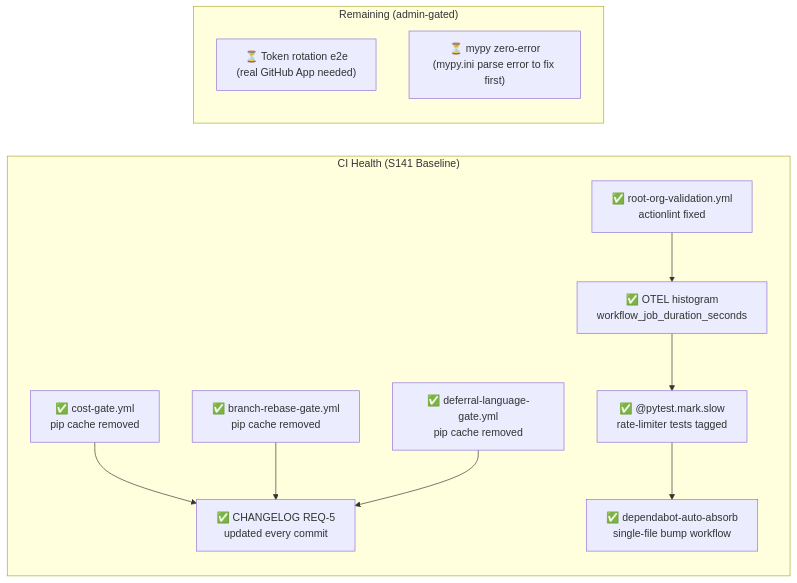
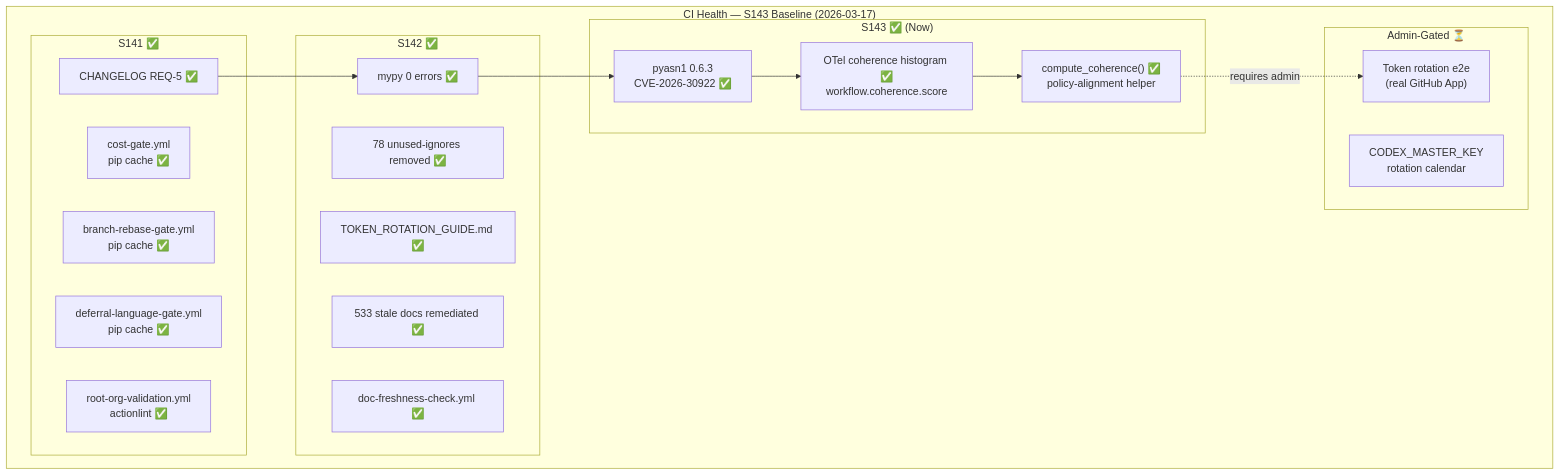
Before and after one commit to Aries-Serpent/_codex_: the third of 4 diagrams in docs/cognitive_brain/status/COGNITIVE_BRAIN_STATUS_PR3610.md, drawn with Mermaid. The commit also changed other lines of this file and 7 other files, not shown here.

Commit message:
fix: S143 — pyasn1 0.6.3 (CVE-2026-30922), OTel coherence histogram + compute_coherence(), CB Dashboard v3

````diff
--- a/docs/cognitive_brain/status/COGNITIVE_BRAIN_STATUS_PR3610.md
+++ b/docs/cognitive_brain/status/COGNITIVE_BRAIN_STATUS_PR3610.md
@@ -144,26 +144,39 @@
 ```mermaid
-graph LR
-    subgraph "CI Health (S141 Baseline)"
-        direction TB
-        A["✅ cost-gate.yml<br/>pip cache removed"]
-        B["✅ branch-rebase-gate.yml<br/>pip cache removed"]
-        C["✅ deferral-language-gate.yml<br/>pip cache removed"]
-        D["✅ root-org-validation.yml<br/>actionlint fixed"]
-        E["✅ CHANGELOG REQ-5<br/>updated every commit"]
-        F["✅ OTEL histogram<br/>workflow_job_duration_seconds"]
-        G["✅ @pytest.mark.slow<br/>rate-limiter tests tagged"]
-        H["✅ dependabot-auto-absorb<br/>single-file bump workflow"]
+graph TB
+    subgraph "CI Health — S143 Baseline (2026-03-17)"
+        direction LR
+
+        subgraph "S141 ✅"
+            A1["cost-gate.yml<br/>pip cache ✅"]
+            A2["branch-rebase-gate.yml<br/>pip cache ✅"]
+            A3["deferral-language-gate.yml<br/>pip cache ✅"]
+            A4["root-org-validation.yml<br/>actionlint ✅"]
+            A5["CHANGELOG REQ-5 ✅"]
+        end
+
+        subgraph "S142 ✅"
+            B1["mypy 0 errors ✅"]
+            B2["78 unused-ignores removed ✅"]
+            B3["TOKEN_ROTATION_GUIDE.md ✅"]
+            B4["533 stale docs remediated ✅"]
+            B5["doc-freshness-check.yml ✅"]
+        end
+
+        subgraph "S143 ✅ (Now)"
+            C1["pyasn1 0.6.3<br/>CVE-2026-30922 ✅"]
+            C2["OTel coherence histogram ✅<br/>workflow.coherence.score"]
+            C3["compute_coherence() ✅<br/>policy-alignment helper"]
+        end
+
+        subgraph "Admin-Gated ⏳"
+            D1["Token rotation e2e<br/>(real GitHub App)"]
+            D2["CODEX_MASTER_KEY<br/>rotation calendar"]
+        end
     end
 
-    subgraph "Remaining (admin-gated)"
-        I["⏳ Token rotation e2e<br/>(real GitHub App needed)"]
-        J["⏳ mypy zero-error<br/>(mypy.ini parse error to fix first)"]
-    end
-
-    A --> E
-    B --> E
-    C --> E
-    D --> F
-    F --> G
-    G --> H
+    A5 --> B1
+    B1 --> C1
+    C1 --> C2
+    C2 --> C3
+    C3 -.->|requires admin| D1
 ```
````
